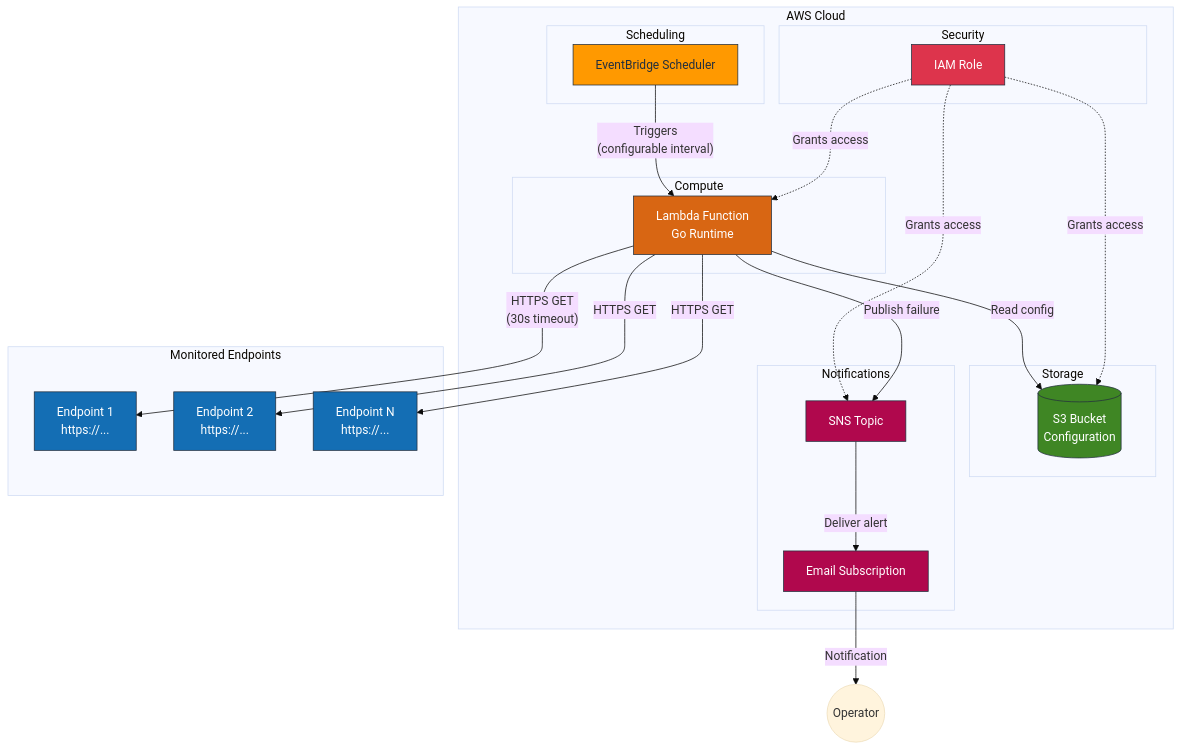
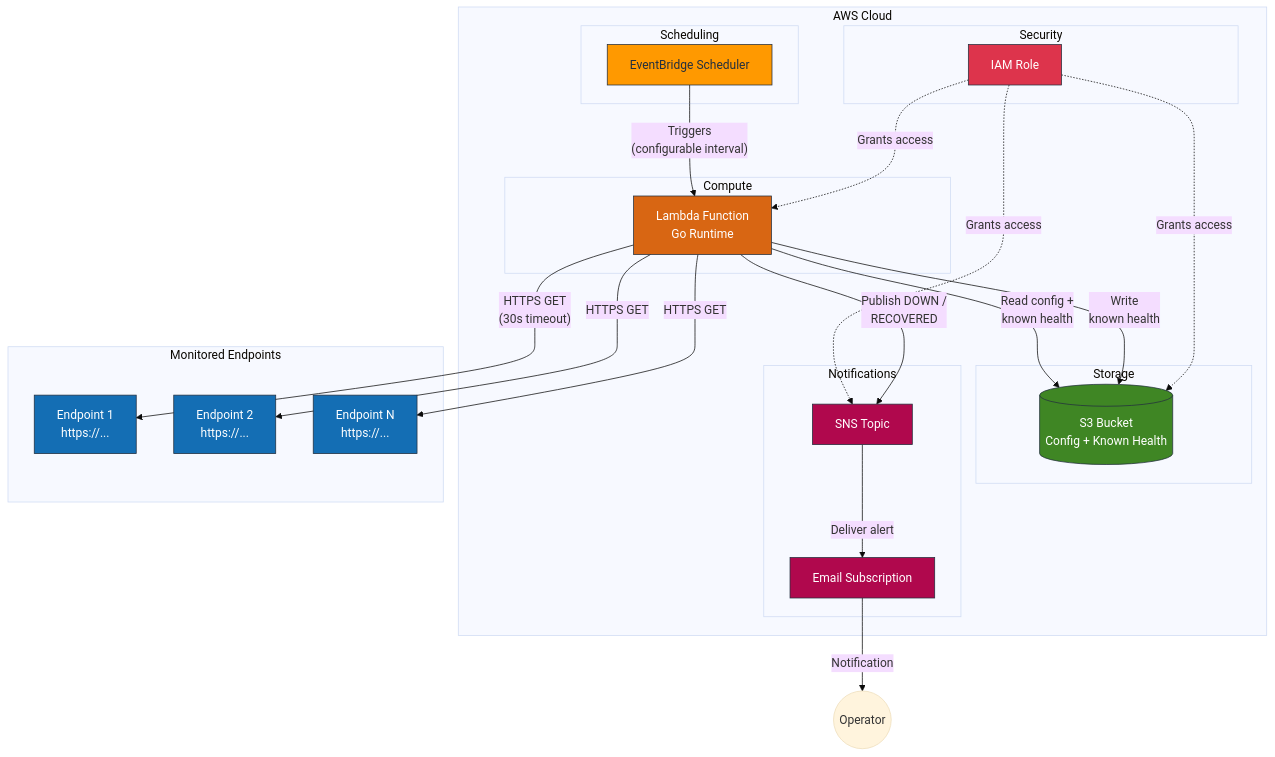
The first of 6 diagrams in Architecture/diagram.md (JonShort/cheap-uptime-monitor), drawn with Mermaid (base theme) before and after one commit. The commit also changed other lines of this file and 11 other files, not shown here.

````diff
--- a/Architecture/diagram.md
+++ b/Architecture/diagram.md
@@ -5,61 +5,62 @@
 ```mermaid
 flowchart TB
     subgraph AWS["AWS Cloud"]
         subgraph Scheduling["Scheduling"]
             EB[EventBridge Scheduler]
         end
 
         subgraph Compute["Compute"]
             Lambda[Lambda Function<br/>Go Runtime]
         end
 
         subgraph Storage["Storage"]
-            S3[(S3 Bucket<br/>Configuration)]
+            S3[(S3 Bucket<br/>Config + Known Health)]
         end
 
         subgraph Notifications["Notifications"]
             SNS[SNS Topic]
             Email[Email Subscription]
         end
 
         subgraph Security["Security"]
             IAM[IAM Role]
         end
     end
 
     subgraph Targets["Monitored Endpoints"]
         EP1[Endpoint 1<br/>https://...]
         EP2[Endpoint 2<br/>https://...]
         EP3[Endpoint N<br/>https://...]
     end
 
     Operator((Operator))
 
     %% Flow
     EB -->|"Triggers<br/>(configurable interval)"| Lambda
-    Lambda -->|"Read config"| S3
+    Lambda -->|"Read config +<br/>known health"| S3
+    Lambda -->|"Write<br/>known health"| S3
     IAM -.->|"Grants access"| Lambda
     IAM -.->|"Grants access"| S3
     IAM -.->|"Grants access"| SNS
     Lambda -->|"HTTPS GET<br/>(30s timeout)"| EP1
     Lambda -->|"HTTPS GET"| EP2
     Lambda -->|"HTTPS GET"| EP3
-    Lambda -->|"Publish failure"| SNS
+    Lambda -->|"Publish DOWN /<br/>RECOVERED"| SNS
     SNS -->|"Deliver alert"| Email
     Email -->|"Notification"| Operator
 
     %% Styling
     classDef aws fill:#FF9900,stroke:#232F3E,color:#232F3E
     classDef storage fill:#3F8624,stroke:#232F3E,color:#fff
     classDef compute fill:#D86613,stroke:#232F3E,color:#fff
     classDef notification fill:#B0084D,stroke:#232F3E,color:#fff
     classDef security fill:#DD344C,stroke:#232F3E,color:#fff
     classDef external fill:#146EB4,stroke:#232F3E,color:#fff
 
     class EB aws
     class Lambda compute
     class S3 storage
     class SNS,Email notification
     class IAM security
     class EP1,EP2,EP3 external
 ```
````
